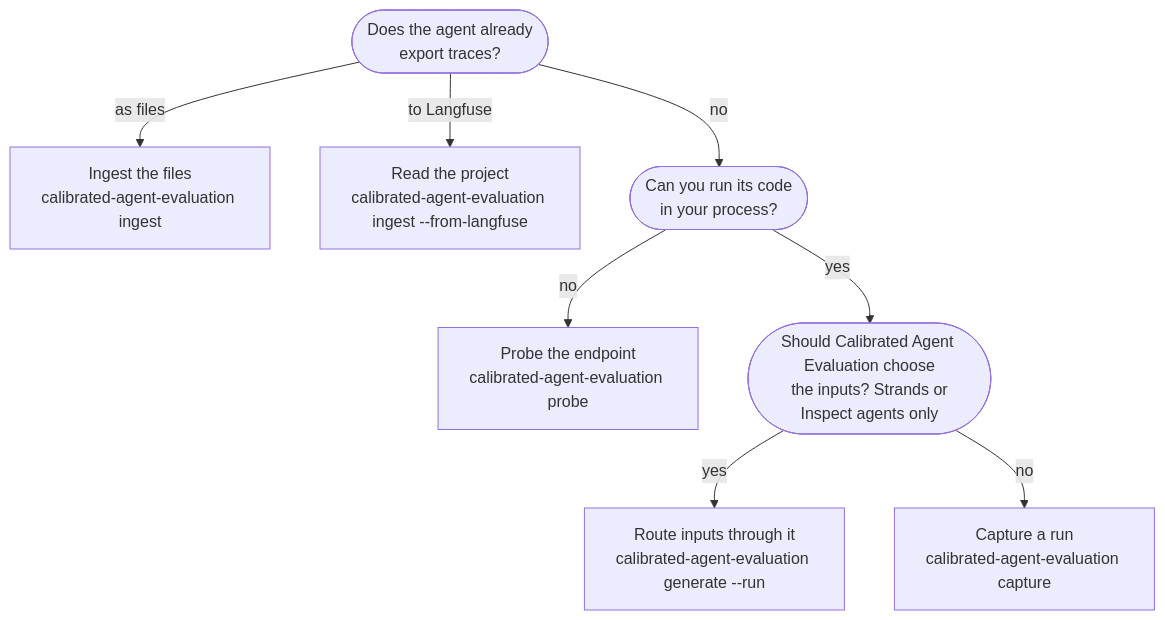
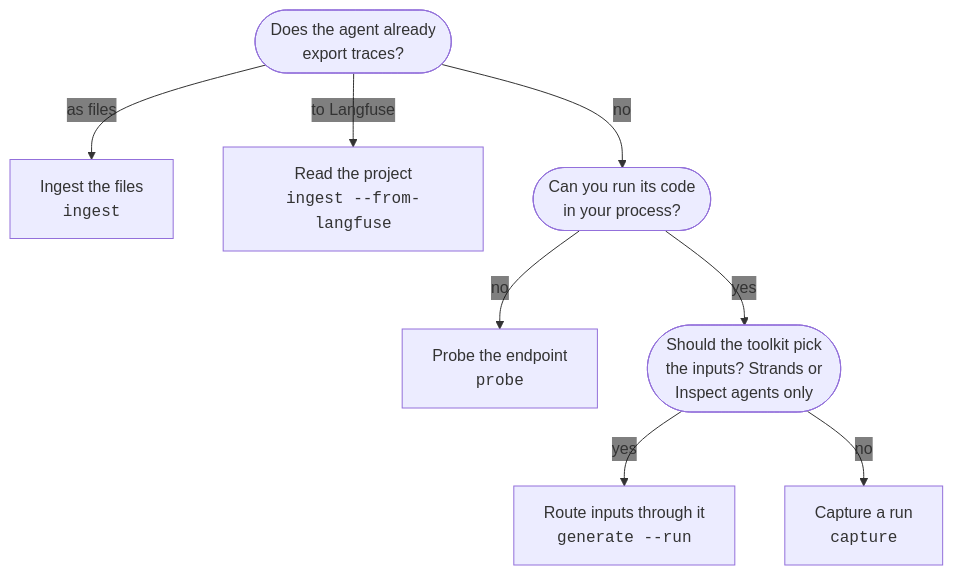
One commit to awslabs/calibrated-agent-evaluation changed the diagram in docs/site/content/includes/diagrams/integration-decision.md. Above: the diagram before and after it, drawn with Mermaid. The commit also changed 137 other files, not shown here.

````diff
--- a/docs/site/content/includes/diagrams/integration-decision.md
+++ b/docs/site/content/includes/diagrams/integration-decision.md
@@ -3,11 +3,12 @@
 ```mermaid
+%%{init: {"themeVariables": {"edgeLabelBackground": "transparent"}}}%%
 flowchart TD
     traces(["Does the agent already<br/>export traces?"])
-    traces -- "as files" --> files["Ingest the files<br/>calibrated-agent-evaluation ingest"]
-    traces -- "to Langfuse" --> lf["Read the project<br/>calibrated-agent-evaluation ingest --from-langfuse"]
+    traces -- "as files" --> files["Ingest the files<br/><code>ingest</code>"]
+    traces -- "to Langfuse" --> lf["Read the project<br/><code>ingest --from-langfuse</code>"]
     traces -- "no" --> code(["Can you run its code<br/>in your process?"])
-    code -- no --> probe["Probe the endpoint<br/>calibrated-agent-evaluation probe"]
-    code -- yes --> drive(["Should Calibrated Agent Evaluation choose<br/>the inputs? Strands or<br/>Inspect agents only"])
-    drive -- yes --> route["Route inputs through it<br/>calibrated-agent-evaluation generate --run"]
-    drive -- no --> capture["Capture a run<br/>calibrated-agent-evaluation capture"]
+    code -- no --> probe["Probe the endpoint<br/><code>probe</code>"]
+    code -- yes --> drive(["Should the toolkit pick<br/>the inputs? Strands or<br/>Inspect agents only"])
+    drive -- yes --> route["Route inputs through it<br/><code>generate --run</code>"]
+    drive -- no --> capture["Capture a run<br/><code>capture</code>"]
 ```
````
